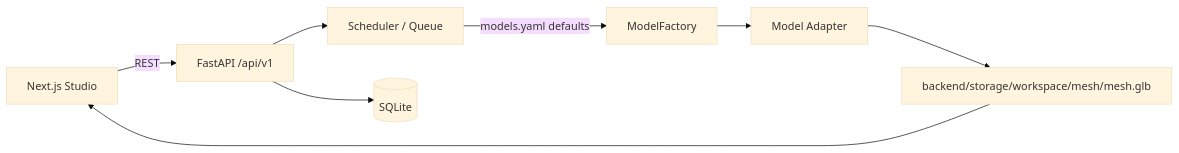
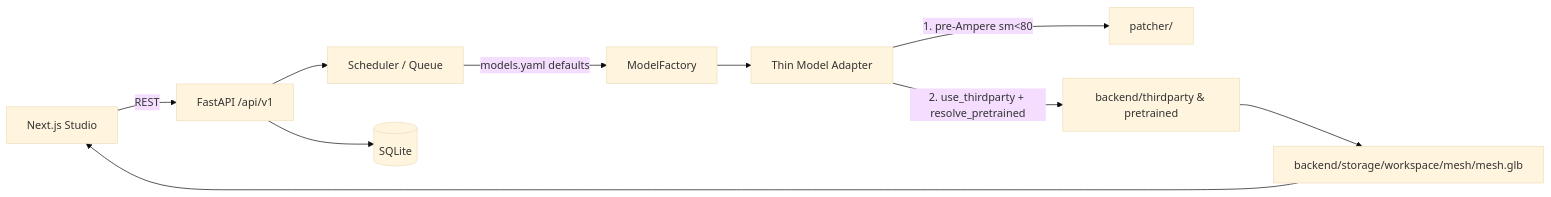
The diagram in Docs/ARCHITECTURE.md (Silentzx2/ForMesh3D), drawn with Mermaid (base theme) before and after one commit. The commit also changed other lines of this file and 22 other files, not shown here.

````diff
--- a/Docs/ARCHITECTURE.md
+++ b/Docs/ARCHITECTURE.md
@@ -41,10 +41,12 @@
 ```mermaid
 flowchart LR
     UI[Next.js Studio] -->|REST| API[FastAPI /api/v1]
     API --> Queue[Scheduler / Queue]
     Queue -->|models.yaml defaults| Factory[ModelFactory]
-    Factory --> Adapter[Model Adapter]
-    Adapter --> Store[backend/storage/workspace/mesh/mesh.glb]
+    Factory --> Adapter[Thin Model Adapter]
+    Adapter -->|1. pre-Ampere sm<80| Patcher[patcher/<model>]
+    Adapter -->|2. use_thirdparty + resolve_pretrained| Upstream[backend/thirdparty & pretrained]
+    Upstream --> Store[backend/storage/workspace/mesh/mesh.glb]
     Store --> UI
     API --> DB[(SQLite)]
 ```
````
